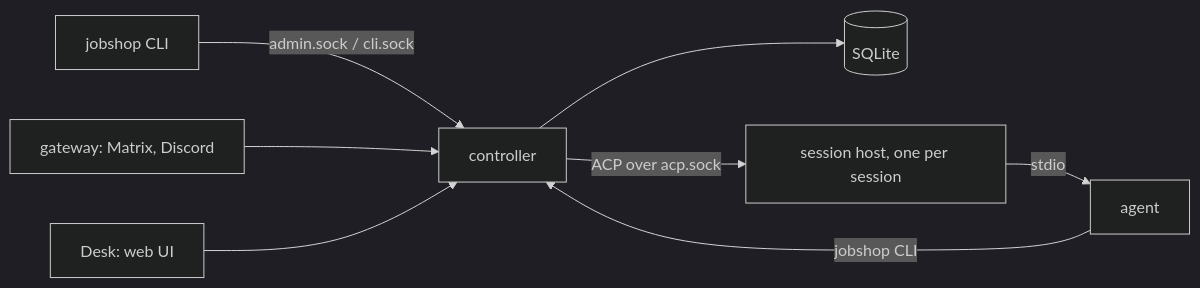
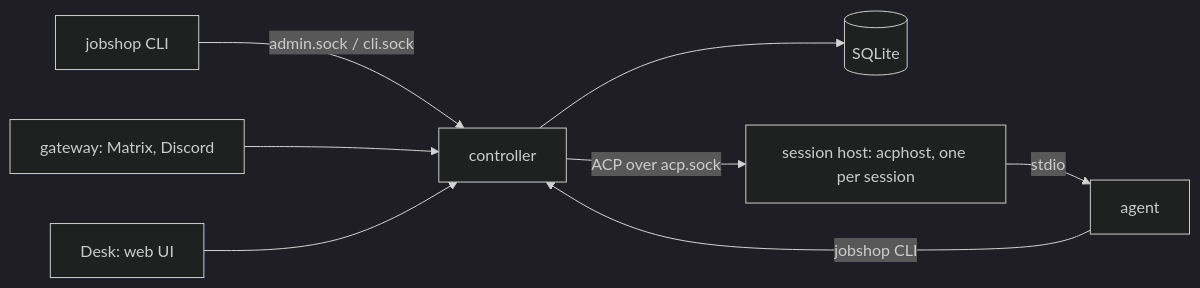
The diagram in README.md (elee1766/jobshop), drawn with Mermaid (dark theme) before and after one commit. The commit also changed other lines of this file and 1 other file, not shown here.

Commit message:
README: acphost and an Isolation section (#347)

````diff
--- a/README.md
+++ b/README.md
@@ -9,10 +9,10 @@
 ```mermaid
 flowchart LR
   CLI[jobshop CLI] -- admin.sock / cli.sock --> C[controller]
   C --> S[(SQLite)]
-  C -- ACP over acp.sock --> H[session host, one per session]
+  C -- ACP over acp.sock --> H[session host: acphost, one per session]
   H -- stdio --> A[agent]
   A -- jobshop CLI --> C
   G[gateway: Matrix, Discord] --> C
   D[Desk: web UI] --> C
 ```
````
